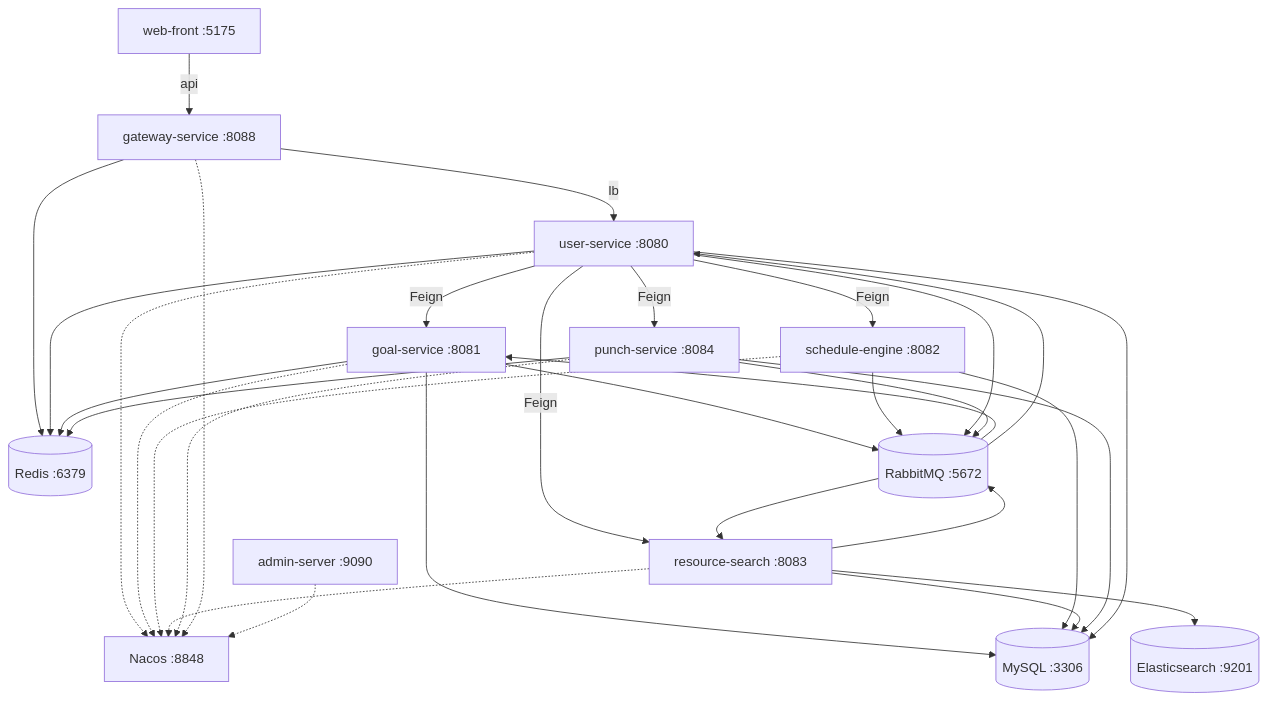
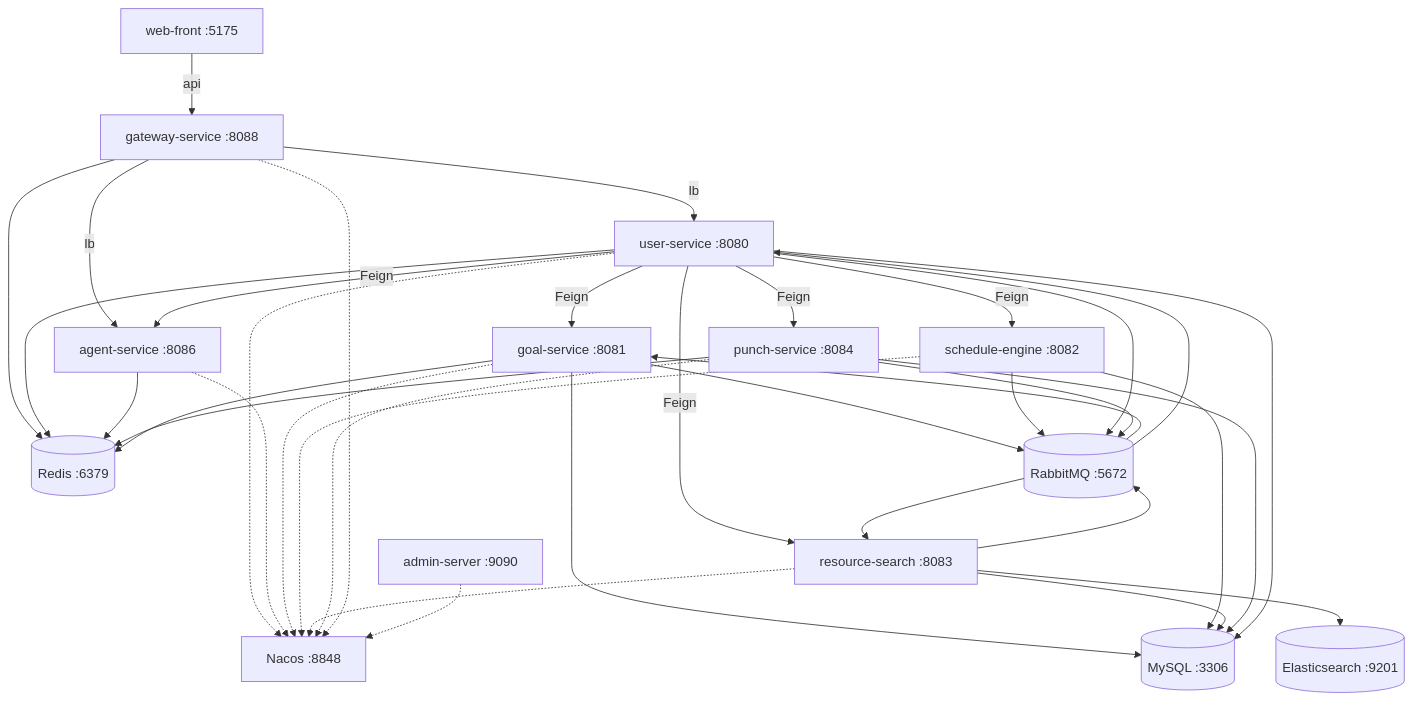
One commit to Charlen2024/SmartPlanner changed the diagram in README.md. Above: the diagram before and after it, drawn with Mermaid. The commit also changed other lines of this file and 75 other files, not shown here.

First line of the commit message:
refactor: agent-service 拆分 + 资源搜索 kNN 向量检索 + 前端交互优化

````diff
--- a/README.md
+++ b/README.md
@@ -70,53 +71,58 @@
 ```mermaid
 graph TB
   Web["web-front :5175"]
   GW["gateway-service :8088"]
   US["user-service :8080"]
+  AG["agent-service :8086"]
   GS["goal-service :8081"]
   SE["schedule-engine :8082"]
   RS["resource-search :8083"]
   PS["punch-service :8084"]
   Admin["admin-server :9090"]
   Nacos["Nacos :8848"]
   MySQL[("MySQL :3306")]
   Redis[("Redis :6379")]
   MQ[("RabbitMQ :5672")]
   ES[("Elasticsearch :9201")]
 
   Web -->|api| GW
   GW -->|lb| US
+  GW -->|lb| AG
+  US -->|Feign| AG
   US -->|Feign| GS
   US -->|Feign| SE
   US -->|Feign| RS
   US -->|Feign| PS
 
   GW --> Redis
   US --> Redis
+  AG --> Redis
   GS --> Redis
   PS --> Redis
 
   US -.-> Nacos
+  AG -.-> Nacos
   GS -.-> Nacos
   SE -.-> Nacos
   RS -.-> Nacos
   PS -.-> Nacos
   GW -.-> Nacos
   Admin -.-> Nacos
 
   GS --> MySQL
   SE --> MySQL
   RS --> MySQL
   PS --> MySQL
   US --> MySQL
 
   GS --> MQ
   SE --> MQ
   RS --> MQ
   US --> MQ
   PS --> MQ
   MQ --> GS
   MQ --> US
   MQ --> RS
 
   RS --> ES
 ```
````
